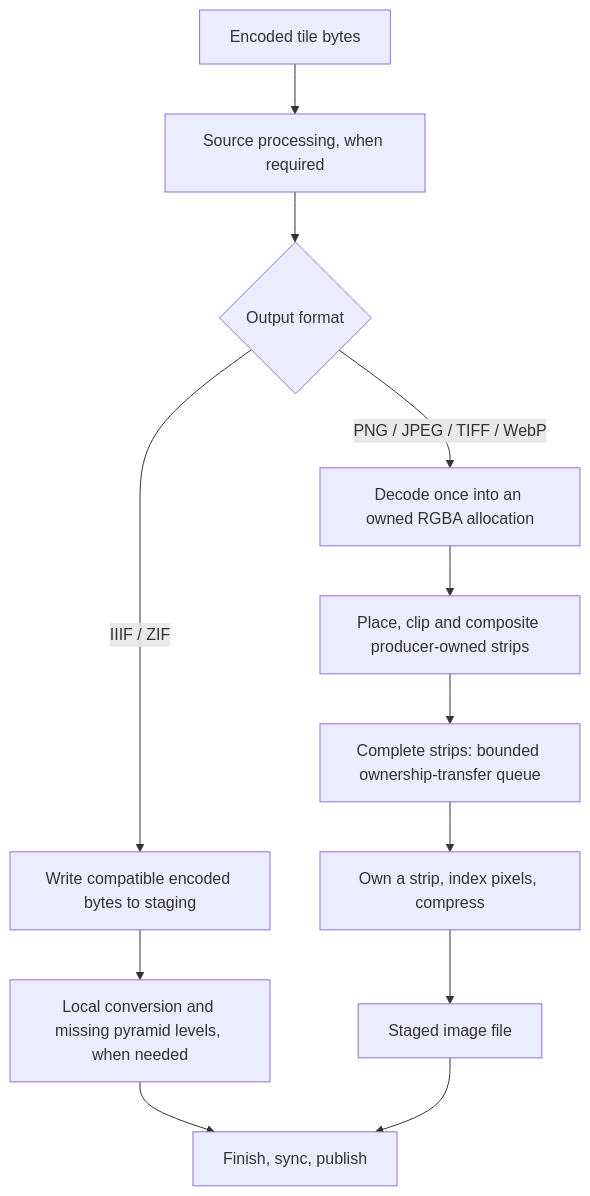
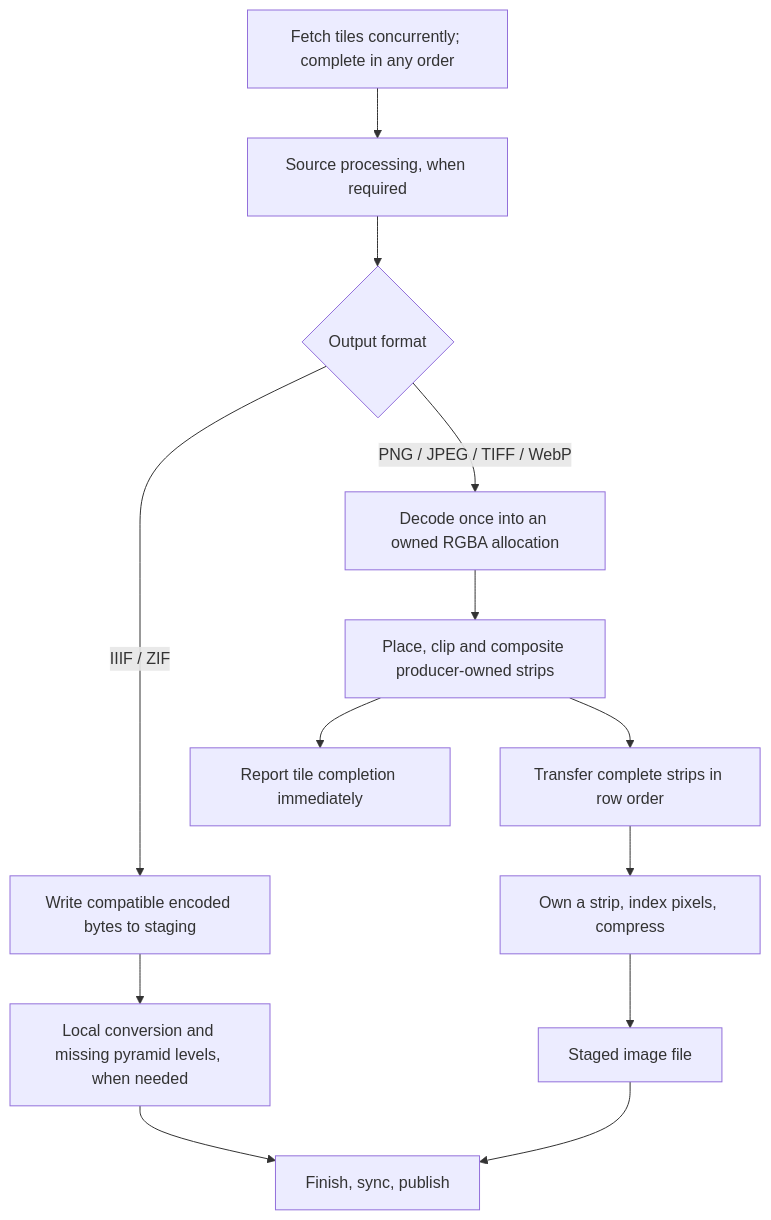
Before and after one commit to lovasoa/dezoomify: the diagram in docs/native-apps.md, drawn with Mermaid. The commit also changed other lines of this file and 6 other files, not shown here.

Commit message:
Use unordered tile completion and machine-sized strip memory budget

````diff
--- a/docs/native-apps.md
+++ b/docs/native-apps.md
@@ -21,14 +21,15 @@
 ```mermaid
 flowchart TD
-    Fetch["Encoded tile bytes"] --> Process["Source processing, when required"]
+    Fetch["Fetch tiles concurrently; complete in any order"] --> Process["Source processing, when required"]
     Process --> Route{"Output format"}
     Route -->|IIIF / ZIF| Tiles["Write compatible encoded bytes to staging"]
     Route -->|PNG / JPEG / TIFF / WebP| Decode["Decode once into an owned RGBA allocation"]
     Decode --> Producer["Place, clip and composite producer-owned strips"]
-    Producer --> Queue["Complete strips: bounded ownership-transfer queue"]
+    Producer --> Done["Report tile completion immediately"]
+    Producer --> Queue["Transfer complete strips in row order"]
     Queue --> Encoder["Own a strip, index pixels, compress"]
     Encoder --> File["Staged image file"]
     Tiles --> Prepare["Local conversion and missing pyramid levels, when needed"]
     Prepare --> Publish["Finish, sync, publish"]
     File --> Publish
 ```
````
